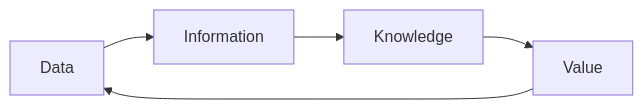
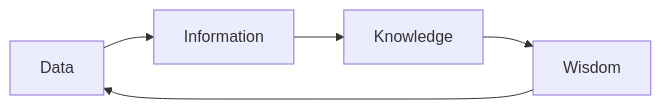
The third of 4 diagrams in src/site/notes/CARDS/Depth Psychology Theory/Cognitive Functions.md (Heart4sides/DigitalGarden), drawn with Mermaid before and after one commit. The commit also changed other lines of this file, not shown here.

Commit message:
Update content src/site/notes/CARDS/Depth Psychology Theory/Cognitive Functions.md

````diff
--- a/src/site/notes/CARDS/Depth Psychology Theory/Cognitive Functions.md
+++ b/src/site/notes/CARDS/Depth Psychology Theory/Cognitive Functions.md
@@ -59,7 +59,7 @@
 ```mermaid
 
 graph LR; 
 
-Data --> Information --> Knowledge --> Value --> Data 
+Data --> Information --> Knowledge --> Wisdom --> Data 
 
 ```
````
